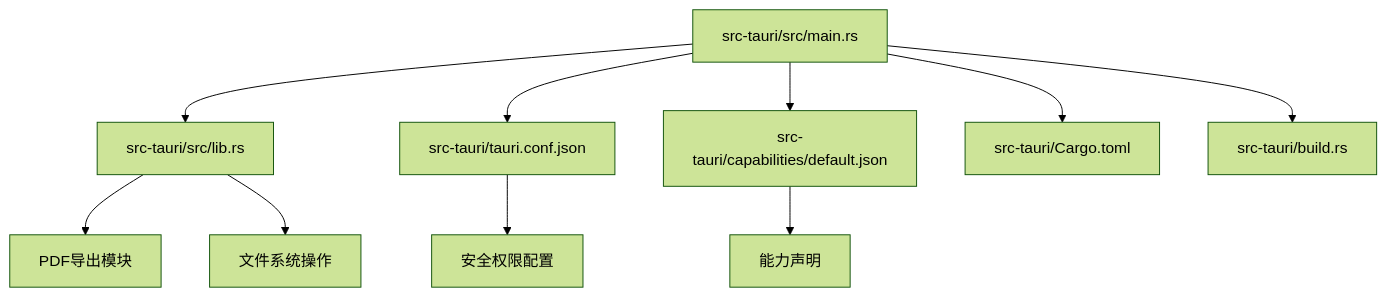
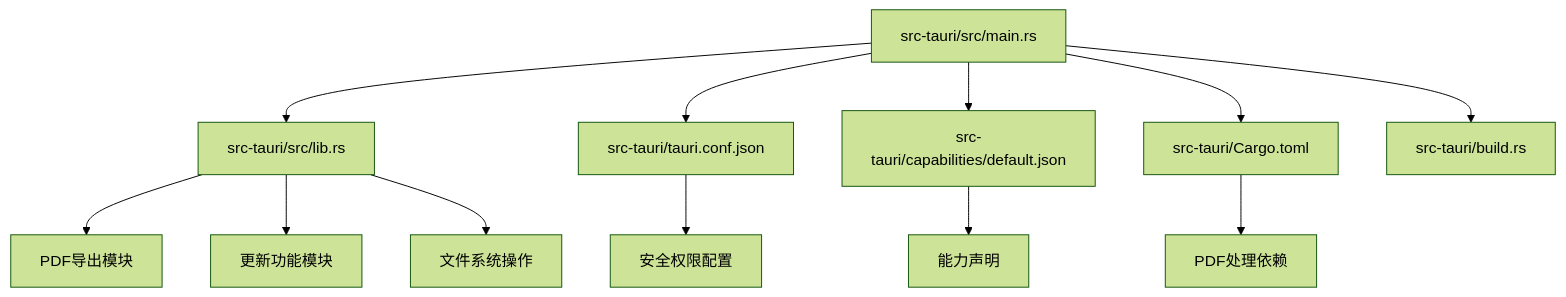
The first of 3 diagrams in .qoder/repowiki/zh/content/Tauri后端.md (gongshiyun/ZenNote), drawn with Mermaid (forest theme) before and after one commit. The commit also changed other lines of this file and 21 other files, not shown here.

````diff
--- a/.qoder/repowiki/zh/content/Tauri后端.md
+++ b/.qoder/repowiki/zh/content/Tauri后端.md
@@ -46,12 +47,14 @@
 ```mermaid
 graph TB
 A["src-tauri/src/main.rs"] --> B["src-tauri/src/lib.rs"]
 A --> C["src-tauri/tauri.conf.json"]
 A --> D["src-tauri/capabilities/default.json"]
 A --> E["src-tauri/Cargo.toml"]
 A --> F["src-tauri/build.rs"]
 B --> G["PDF导出模块"]
-B --> H["文件系统操作"]
-C --> I["安全权限配置"]
-D --> J["能力声明"]
+B --> H["更新功能模块"]
+B --> I["文件系统操作"]
+C --> J["安全权限配置"]
+D --> K["能力声明"]
+E --> L["PDF处理依赖"]
 ```
````
